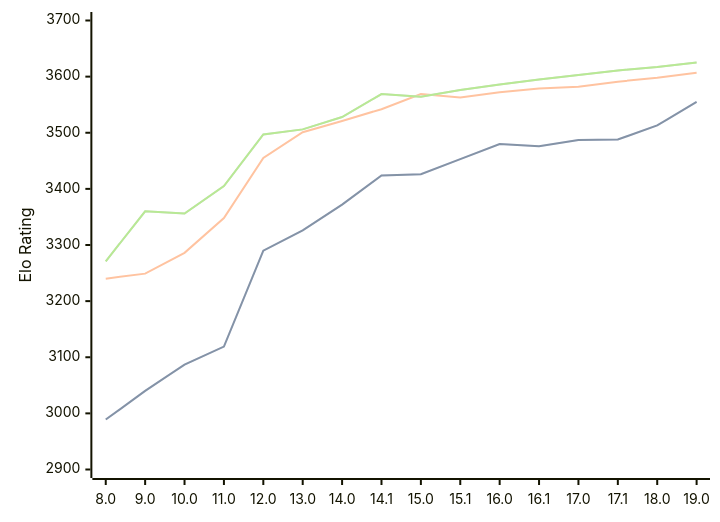
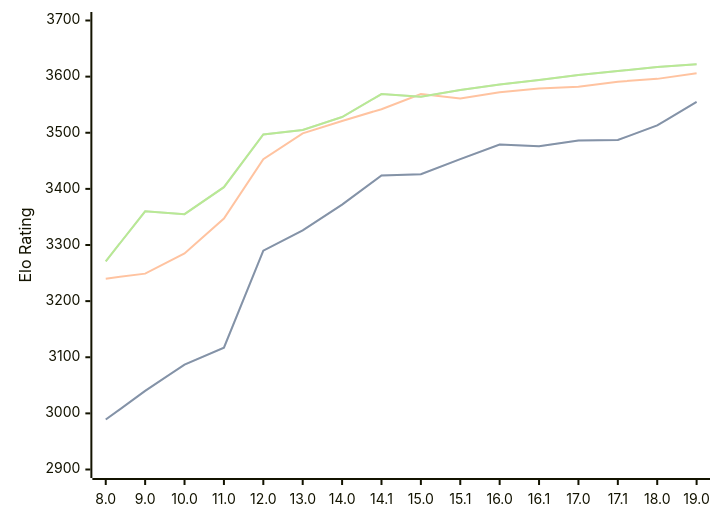
The diagram in engines/Stockfish.md (computer-chess-index/cci), drawn with Mermaid before and after one commit. The commit also changed other lines of this file, not shown here.

Commit message:
Update CCI Ratings (ELO VLTC) - 2026-09-11

````diff
--- a/engines/Stockfish.md
+++ b/engines/Stockfish.md
@@ -46,11 +46,11 @@
 ```mermaid
 %%{init: {"theme":"base","themeVariables":{"seriesColors:['#a3a3a3','#222221','#faa371']}}}%%
 xychart-beta
   x-axis ["8.0", "9.0", "10.0", "11.0", "12.0", "13.0", "14.0", "14.1", "15.0", "15.1", "16.0", "16.1", "17.0", "17.1", "18.0", "19.0"]
   y-axis "Elo Rating" 2900 --> 3700
-  line "" [2989, 3040, 3087, 3119, 3290, 3326, 3372, 3424, 3426, 3453, 3480, 3476, 3487, 3488, 3513, 3555]
-  line "STC (8.0+0.08s)" [2989, 3040, 3087, 3119, 3290, 3326, 3372, 3424, 3426, 3453, 3480, 3476, 3487, 3488, 3513, 3555]
-  line "LTC (60.0+0.60s)" [3240, 3249, 3286, 3348, 3455, 3501, 3521, 3542, 3569, 3563, 3572, 3579, 3582, 3591, 3598, 3607]
-  line "" [3271, 3360, 3356, 3405, 3497, 3506, 3528, 3569, 3564, 3576, 3586, 3595, 3603, 3611, 3617, 3625]
-  line "VLTC (2m24s+1.12s)" [3271, 3360, 3356, 3405, 3497, 3506, 3528, 3569, 3564, 3576, 3586, 3595, 3603, 3611, 3617, 3625]
+  line "" [2989, 3040, 3087, 3117, 3290, 3326, 3372, 3424, 3426, 3453, 3479, 3476, 3486, 3487, 3513, 3555]
+  line "STC (8.0+0.08s)" [2989, 3040, 3087, 3117, 3290, 3326, 3372, 3424, 3426, 3453, 3479, 3476, 3486, 3487, 3513, 3555]
+  line "LTC (60.0+0.60s)" [3240, 3249, 3285, 3347, 3453, 3499, 3521, 3542, 3569, 3561, 3572, 3579, 3582, 3591, 3596, 3606]
+  line "" [3271, 3360, 3355, 3403, 3497, 3505, 3528, 3569, 3564, 3576, 3586, 3594, 3603, 3610, 3617, 3622]
+  line "VLTC (2m24s+1.12s)" [3271, 3360, 3355, 3403, 3497, 3505, 3528, 3569, 3564, 3576, 3586, 3594, 3603, 3610, 3617, 3622]
 ```
````
